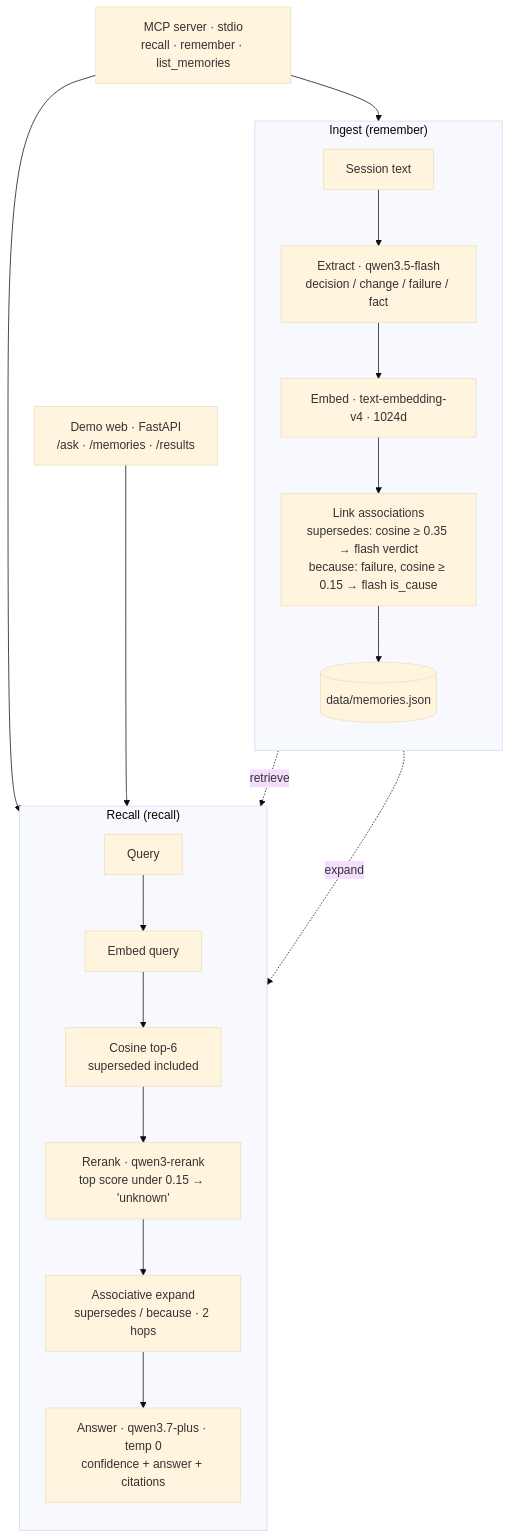
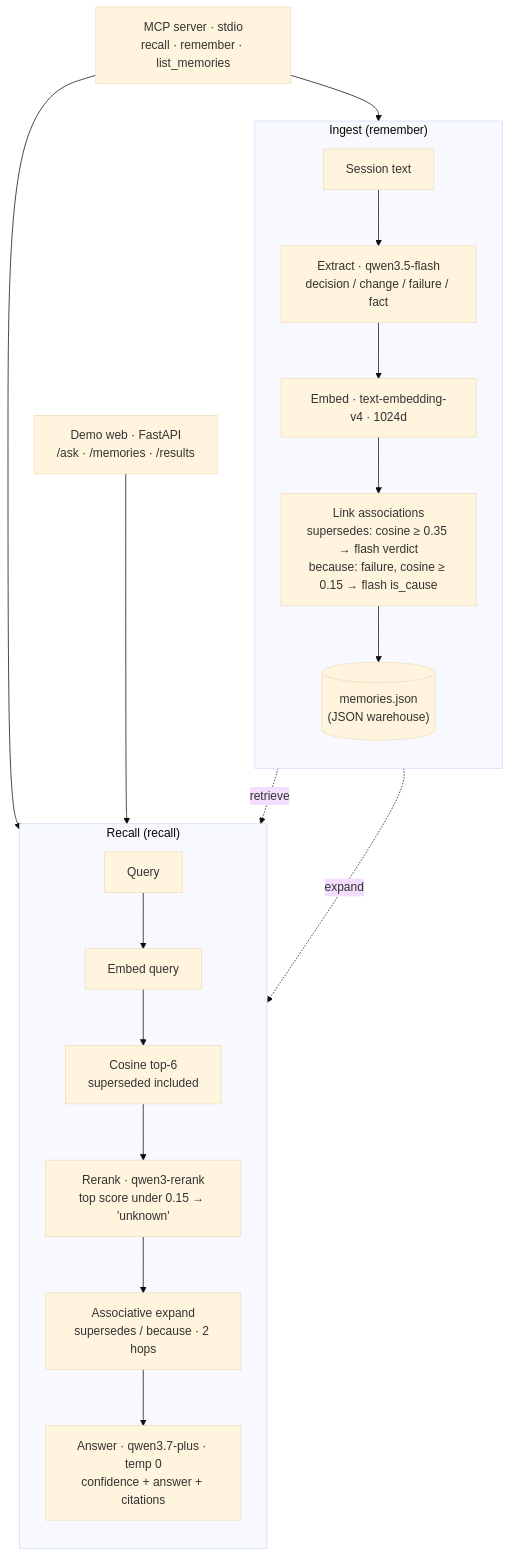
The diagram in README.md (jsiksn/mnemosure), drawn with Mermaid (base theme) before and after one commit. The commit also changed other lines of this file and 14 other files, not shown here.

````diff
--- a/README.md
+++ b/README.md
@@ -24,28 +24,28 @@
 ```mermaid
 flowchart TB
     MCP["MCP server · stdio<br/>recall · remember · list_memories"]
     WEB["Demo web · FastAPI<br/>/ask · /memories · /results"]
 
     subgraph Ingest["Ingest (remember)"]
         direction TB
         S["Session text"] --> EX["Extract · qwen3.5-flash<br/>decision / change / failure / fact"]
         EX --> EMB1["Embed · text-embedding-v4 · 1024d"]
         EMB1 --> LINK["Link associations<br/>supersedes: cosine ≥ 0.35 → flash verdict<br/>because: failure, cosine ≥ 0.15 → flash is_cause"]
-        LINK --> STORE[("data/memories.json")]
+        LINK --> STORE[("memories.json<br/>(JSON warehouse)")]
     end
 
     subgraph Recall["Recall (recall)"]
         direction TB
         Q["Query"] --> EMB2["Embed query"]
         EMB2 --> COS["Cosine top-6<br/>superseded included"]
         COS --> RR["Rerank · qwen3-rerank<br/>top score under 0.15 → 'unknown'"]
         RR --> EXP["Associative expand<br/>supersedes / because · 2 hops"]
         EXP --> ANS["Answer · qwen3.7-plus · temp 0<br/>confidence + answer + citations"]
     end
 
     MCP --> S
     MCP --> Q
     WEB --> Q
     STORE -. retrieve .-> COS
     STORE -. expand .-> EXP
 ```
````
